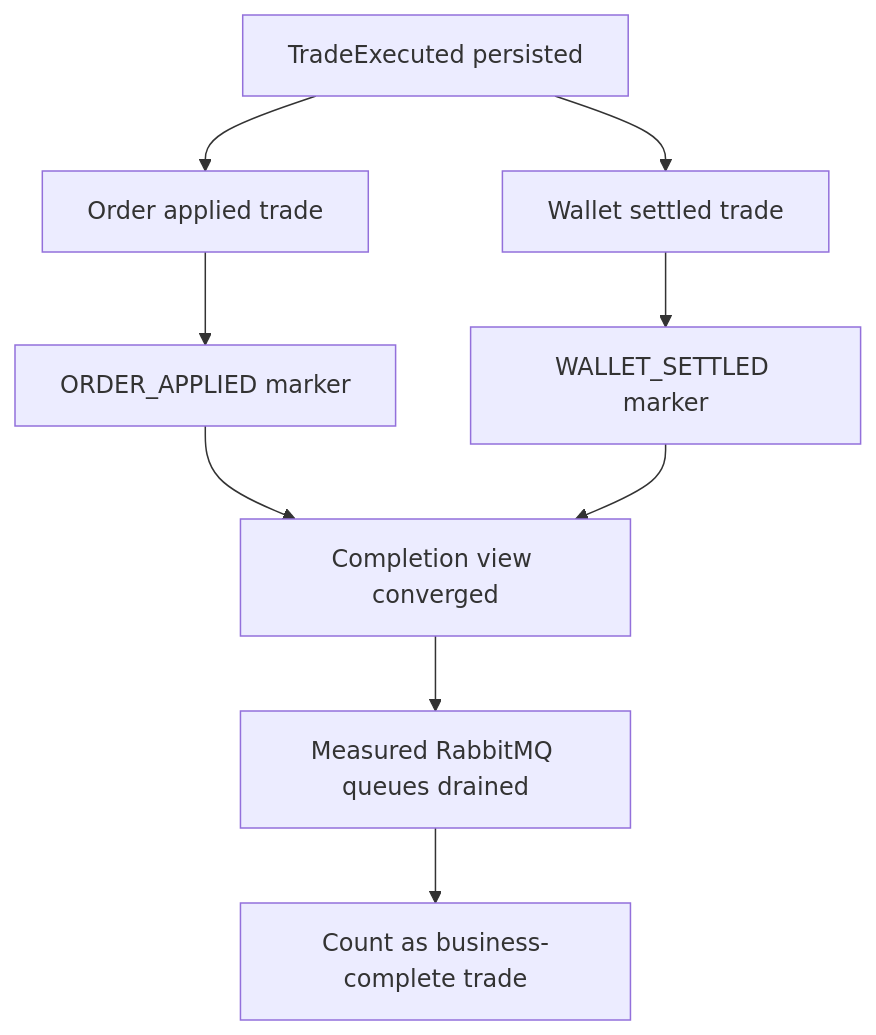
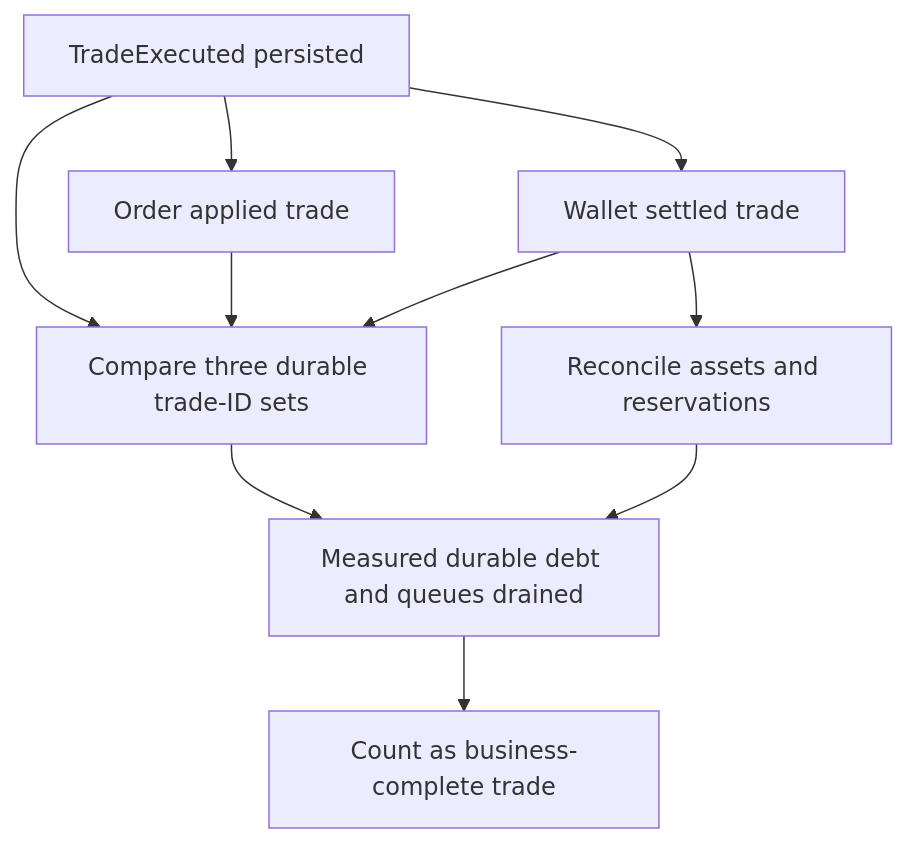
One commit to Yitin-tsai/eap-infra changed the fourth of 5 diagrams in docs/architecture.md. Above: the diagram before and after it, drawn with Mermaid. The commit also changed other lines of this file and 32 other files, not shown here.

````diff
--- a/docs/architecture.md
+++ b/docs/architecture.md
@@ -123,11 +156,12 @@
 ```mermaid
 flowchart TD
     A[TradeExecuted persisted] --> B[Order applied trade]
     A --> C[Wallet settled trade]
-    B --> D[ORDER_APPLIED marker]
-    C --> E[WALLET_SETTLED marker]
-    D --> F[Completion view converged]
+    A --> D[Compare three durable trade-ID sets]
+    B --> D
+    C --> D
+    C --> E[Reconcile assets and reservations]
+    D --> F[Measured durable debt and queues drained]
     E --> F
-    F --> G[Measured RabbitMQ queues drained]
-    G --> H[Count as business-complete trade]
+    F --> G[Count as business-complete trade]
 ```
````
